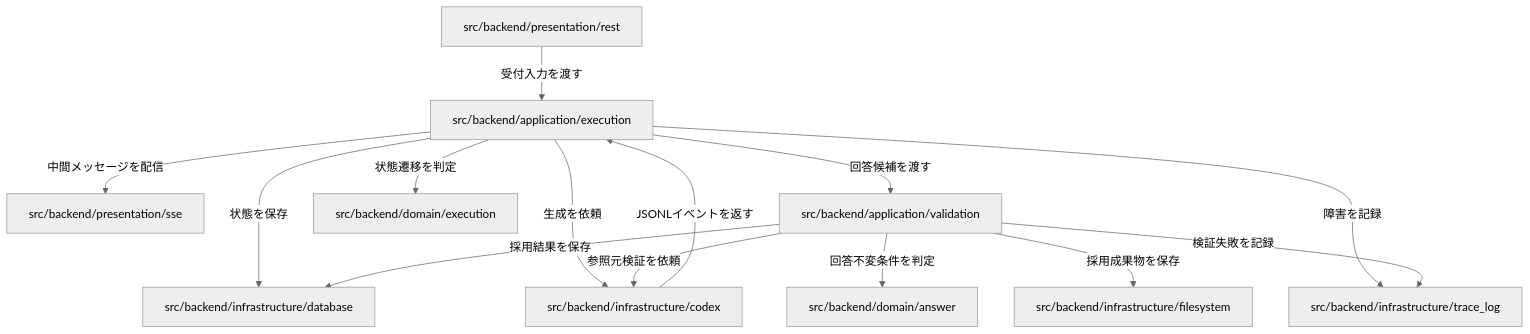
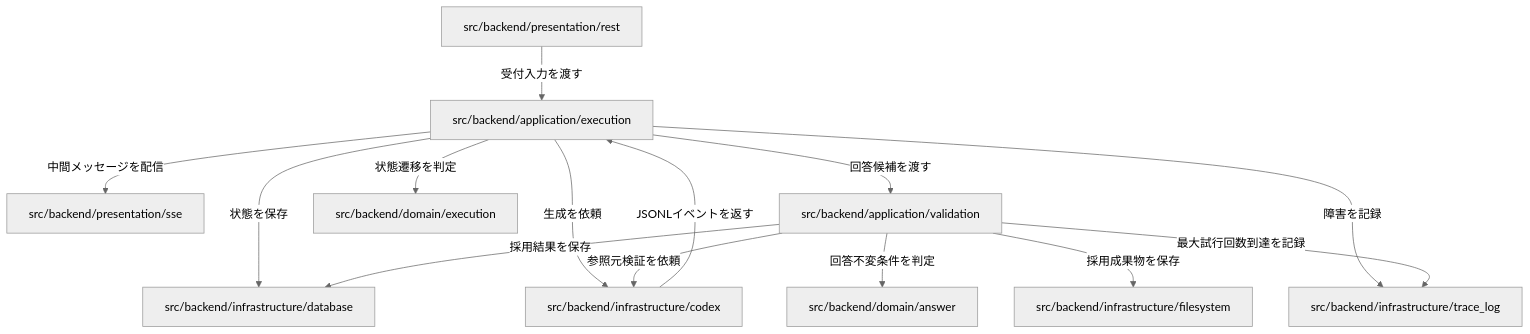
One commit to mincsys/D-Concierge changed the third of 3 diagrams in docs/03_内部設計/01_アーキテクチャ設計/アーキテクチャ設計.md. Above: the diagram before and after it, drawn with Mermaid (neutral theme). The commit also changed other lines of this file and 38 other files, not shown here.

````diff
--- a/docs/03_内部設計/01_アーキテクチャ設計/アーキテクチャ設計.md
+++ b/docs/03_内部設計/01_アーキテクチャ設計/アーキテクチャ設計.md
@@ -148,27 +148,27 @@
 ```mermaid
 flowchart TD
     rest["src/backend/presentation/rest"]
     sse["src/backend/presentation/sse"]
     execution["src/backend/application/execution"]
     validation["src/backend/application/validation"]
     domain_execution["src/backend/domain/execution"]
     domain_answer["src/backend/domain/answer"]
     database["src/backend/infrastructure/database"]
     codex["src/backend/infrastructure/codex"]
     filesystem["src/backend/infrastructure/filesystem"]
     trace_log["src/backend/infrastructure/trace_log"]
 
     rest -->|受付入力を渡す| execution
     execution -->|状態遷移を判定| domain_execution
     execution -->|状態を保存| database
     execution -->|生成を依頼| codex
     codex -->|JSONLイベントを返す| execution
     execution -->|中間メッセージを配信| sse
     execution -->|回答候補を渡す| validation
     validation -->|回答不変条件を判定| domain_answer
     validation -->|参照元検証を依頼| codex
     validation -->|採用成果物を保存| filesystem
     validation -->|採用結果を保存| database
     execution -->|障害を記録| trace_log
-    validation -->|検証失敗を記録| trace_log
+    validation -->|最大試行回数到達を記録| trace_log
 ```
````
